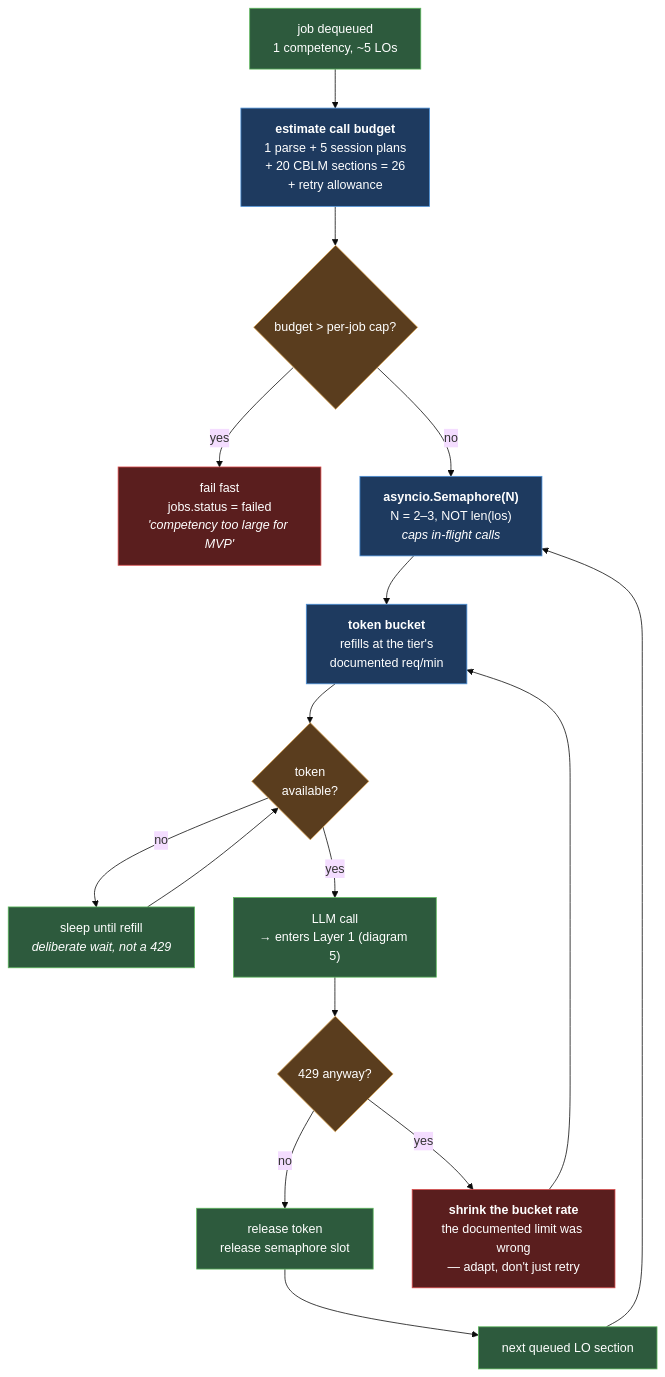
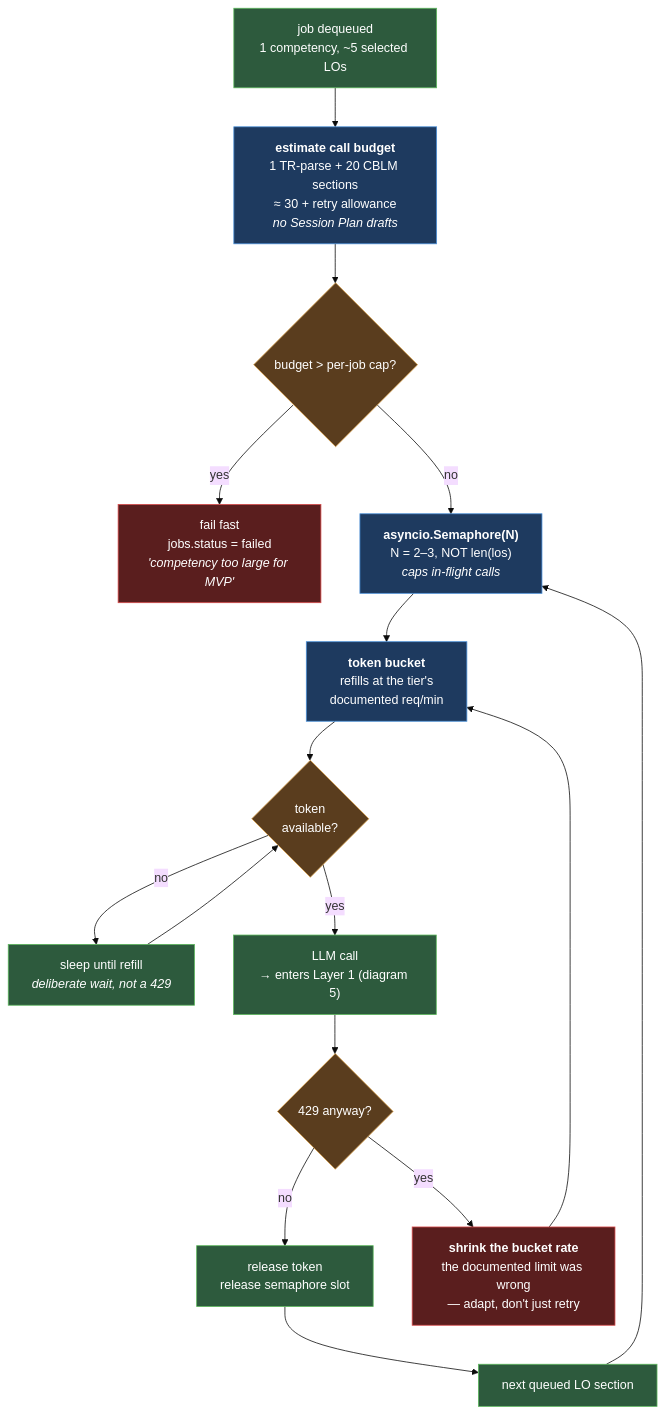
One commit to shuakyle21/tesda-cbc-agent changed the eighth of 9 diagrams in docs/specs/TECHNICAL_DIAGRAMS.md. Above: the diagram before and after it, drawn with Mermaid (base theme). The commit also changed other lines of this file and 5 other files, not shown here.

````diff
--- a/docs/specs/TECHNICAL_DIAGRAMS.md
+++ b/docs/specs/TECHNICAL_DIAGRAMS.md
@@ -444,35 +514,35 @@
 ```mermaid
 flowchart TD
-    JOB["job dequeued<br/>1 competency, ~5 LOs"] --> BUDGET["<b>estimate call budget</b><br/>1 parse + 5 session plans<br/>+ 20 CBLM sections = 26<br/>+ retry allowance"]
+    JOB["job dequeued<br/>1 competency, ~5 selected LOs"] --> BUDGET["<b>estimate call budget</b><br/>1 TR-parse + 20 CBLM sections<br/>≈ 30 + retry allowance<br/><i>no Session Plan drafts</i>"]
 
     BUDGET --> CHECK{"budget &gt; per-job cap?"}
     CHECK -->|"yes"| REJECT["fail fast<br/>jobs.status = failed<br/><i>'competency too large for MVP'</i>"]
     CHECK -->|"no"| SEM
 
     SEM["<b>asyncio.Semaphore(N)</b><br/>N = 2–3, NOT len(los)<br/><i>caps in-flight calls</i>"]
 
     SEM --> BUCKET["<b>token bucket</b><br/>refills at the tier's<br/>documented req/min"]
 
     BUCKET --> WAIT{"token<br/>available?"}
     WAIT -->|"no"| SLEEP["sleep until refill<br/><i>deliberate wait, not a 429</i>"]
     SLEEP --> WAIT
     WAIT -->|"yes"| CALL["LLM call<br/>→ enters Layer 1 (diagram 5)"]
 
     CALL --> RESULT{"429 anyway?"}
     RESULT -->|"no"| OK["release token<br/>release semaphore slot"]
     RESULT -->|"yes"| ADAPT["<b>shrink the bucket rate</b><br/>the documented limit was wrong<br/>— adapt, don't just retry"]
     ADAPT --> BUCKET
 
     OK --> NEXT["next queued LO section"]
     NEXT --> SEM
 
     classDef det fill:#2d5a3d,stroke:#5cb85c,color:#fff
     classDef gate fill:#5a3d1e,stroke:#d9a04a,color:#fff
     classDef fail fill:#5a1e1e,stroke:#d94a4a,color:#fff
     classDef key fill:#1e3a5f,stroke:#4a90d9,color:#fff
 
     class SEM,BUCKET,BUDGET key
     class CHECK,WAIT,RESULT gate
     class REJECT,ADAPT fail
     class CALL,OK,SLEEP,NEXT,JOB det
 ```
````
